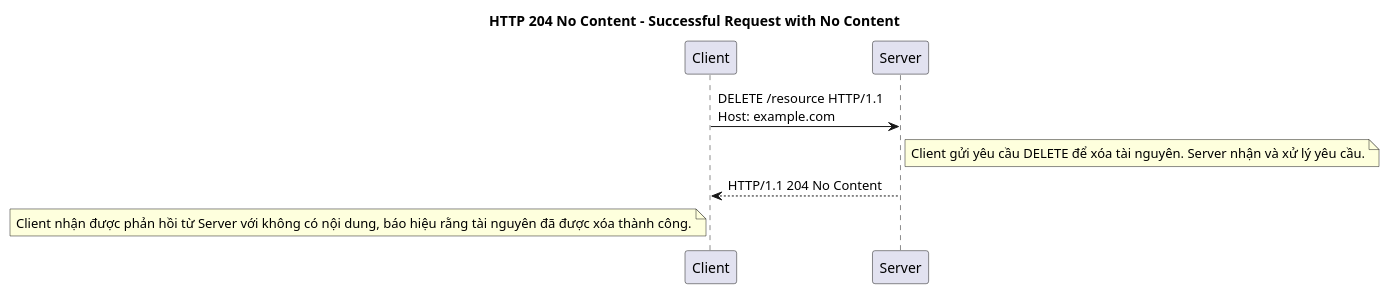
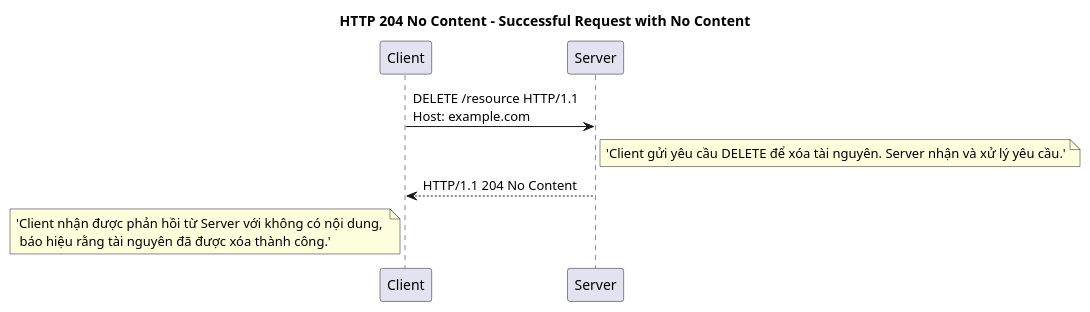
Before and after one commit to thanhlv-com/thanhlv-blog: the seventh of 27 diagrams in packages/apps/src/blog/2024-12-05-y-nghia-cua-cac-http-status-code.md, drawn with PlantUML. The commit also changed other lines of this file, not shown here.

````diff
--- a/packages/apps/src/blog/2024-12-05-y-nghia-cua-cac-http-status-code.md
+++ b/packages/apps/src/blog/2024-12-05-y-nghia-cua-cac-http-status-code.md
@@ -300,15 +300,15 @@
 ```plantuml
 @startuml
 
 title HTTP 204 No Content - Successful Request with No Content
 
 participant "Client" as C
 participant "Server" as S
 
 C -> S: DELETE /resource HTTP/1.1\nHost: example.com
-note right of S: Client gửi yêu cầu DELETE để xóa tài nguyên. Server nhận và xử lý yêu cầu.
+note right of S: 'Client gửi yêu cầu DELETE để xóa tài nguyên. Server nhận và xử lý yêu cầu.'
 
 S --> C: HTTP/1.1 204 No Content
-note left of C: Client nhận được phản hồi từ Server với không có nội dung, báo hiệu rằng tài nguyên đã được xóa thành công.
+note left of C: 'Client nhận được phản hồi từ Server với không có nội dung, \n báo hiệu rằng tài nguyên đã được xóa thành công.'
 @enduml
 ```
````
